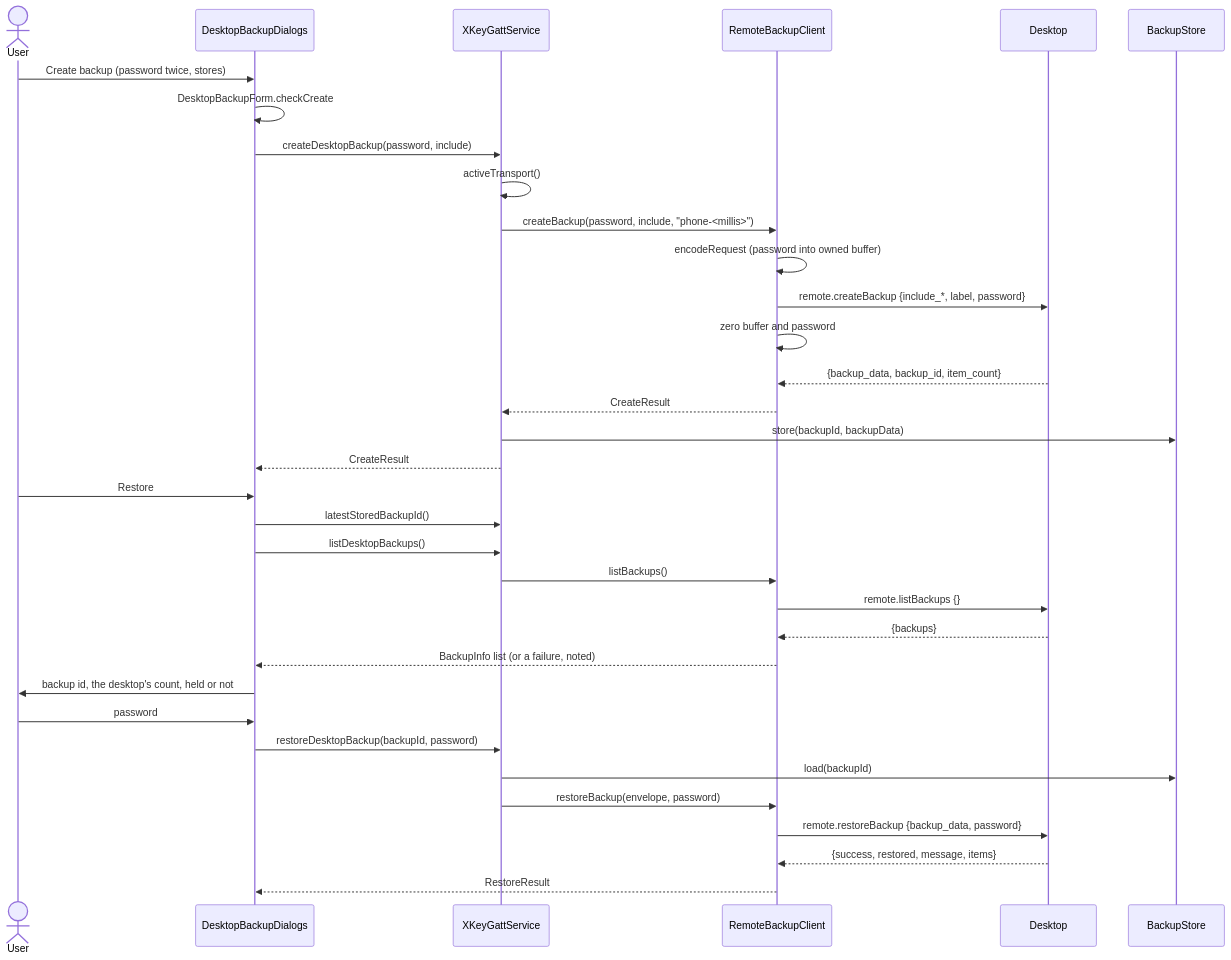
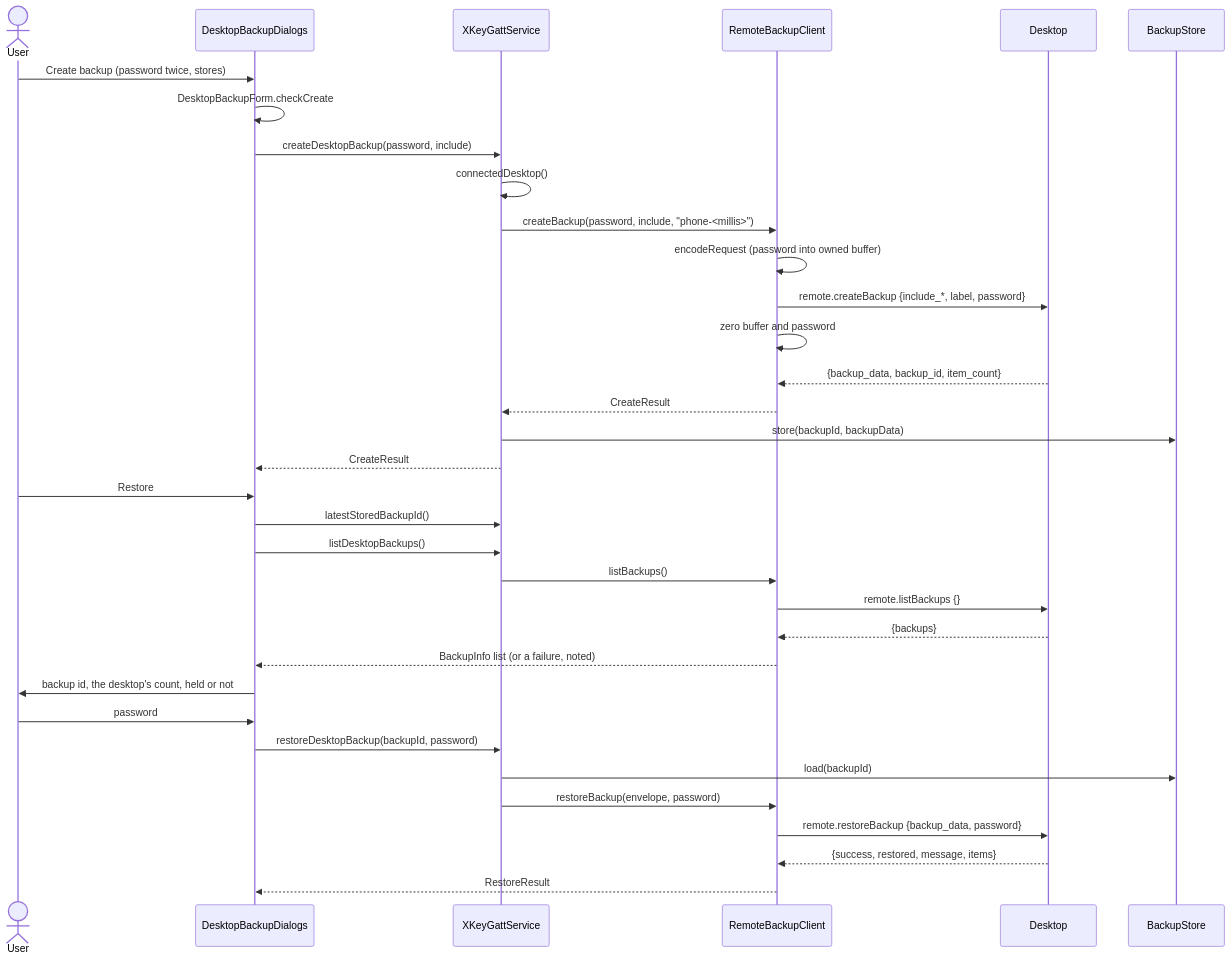
One commit to jeremyhahn/xkey-android changed the diagram in docs/remote-backup-password/architecture.md. Above: the diagram before and after it, drawn with Mermaid. The commit also changed 7 other files, not shown here.

````diff
--- a/docs/remote-backup-password/architecture.md
+++ b/docs/remote-backup-password/architecture.md
@@ -59,38 +59,38 @@
 ```mermaid
 sequenceDiagram
     actor User
     participant Dlg as DesktopBackupDialogs
     participant Svc as XKeyGattService
     participant RBC as RemoteBackupClient
     participant Desk as Desktop
     participant BS as BackupStore
 
     User->>Dlg: Create backup (password twice, stores)
     Dlg->>Dlg: DesktopBackupForm.checkCreate
     Dlg->>Svc: createDesktopBackup(password, include)
-    Svc->>Svc: activeTransport()
+    Svc->>Svc: connectedDesktop()
     Svc->>RBC: createBackup(password, include, "phone-<millis>")
     RBC->>RBC: encodeRequest (password into owned buffer)
     RBC->>Desk: remote.createBackup {include_*, label, password}
     RBC->>RBC: zero buffer and password
     Desk-->>RBC: {backup_data, backup_id, item_count}
     RBC-->>Svc: CreateResult
     Svc->>BS: store(backupId, backupData)
     Svc-->>Dlg: CreateResult
 
     User->>Dlg: Restore
     Dlg->>Svc: latestStoredBackupId()
     Dlg->>Svc: listDesktopBackups()
     Svc->>RBC: listBackups()
     RBC->>Desk: remote.listBackups {}
     Desk-->>RBC: {backups}
     RBC-->>Dlg: BackupInfo list (or a failure, noted)
     Dlg->>User: backup id, the desktop's count, held or not
     User->>Dlg: password
     Dlg->>Svc: restoreDesktopBackup(backupId, password)
     Svc->>BS: load(backupId)
     Svc->>RBC: restoreBackup(envelope, password)
     RBC->>Desk: remote.restoreBackup {backup_data, password}
     Desk-->>RBC: {success, restored, message, items}
     RBC-->>Dlg: RestoreResult
 ```
````
